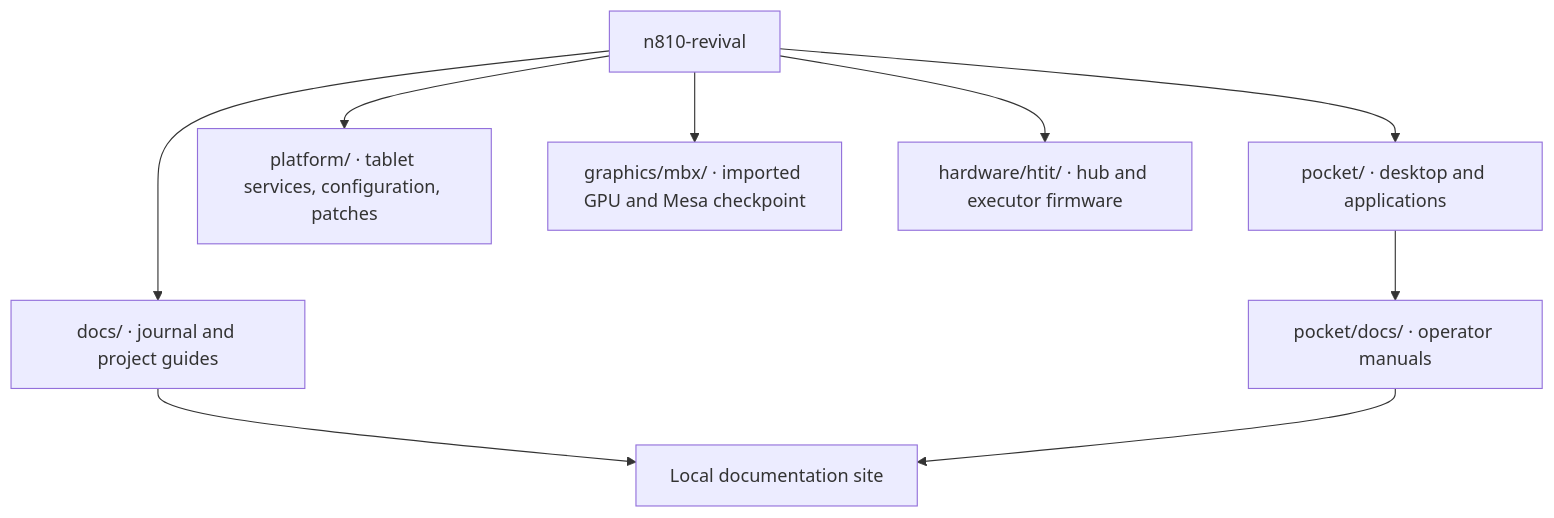
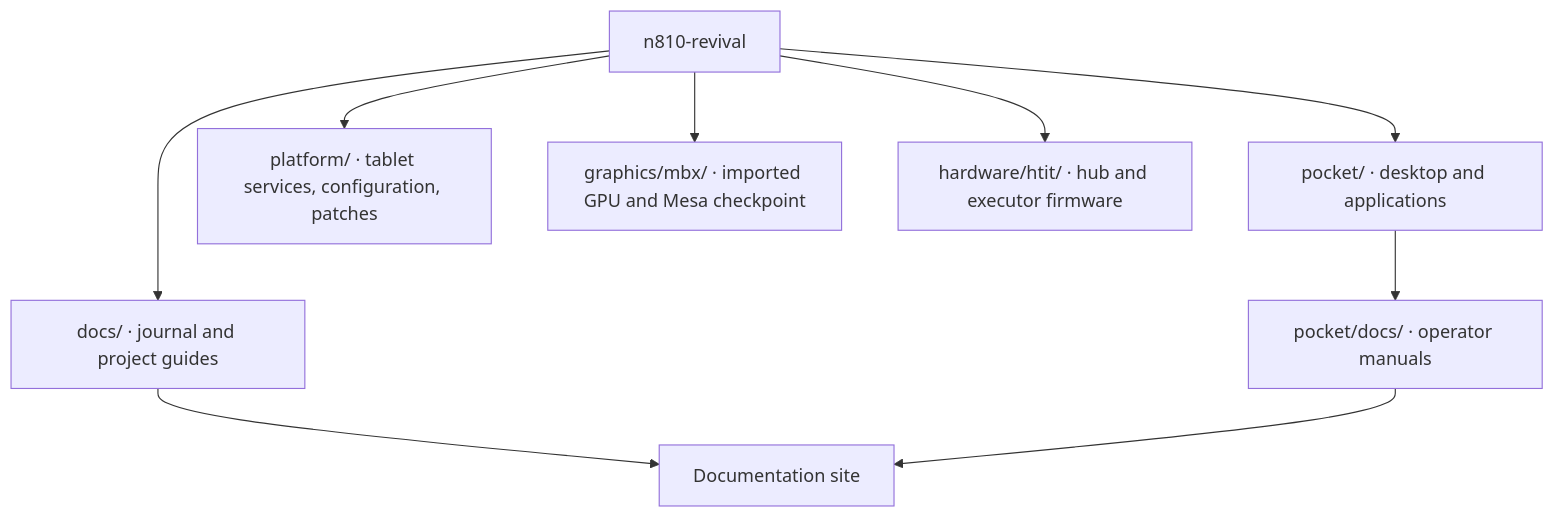
Before and after one commit to gordol/n810-revival: the diagram in docs/source.md, drawn with Mermaid. The commit also changed other lines of this file and 8 other files, not shown here.

````diff
--- a/docs/source.md
+++ b/docs/source.md
@@ -3,11 +3,11 @@
 ```mermaid
 flowchart TB
     repo["n810-revival"] --> pocket["pocket/ · desktop and applications"]
     repo --> platform["platform/ · tablet services, configuration, patches"]
     repo --> graphics["graphics/mbx/ · imported GPU and Mesa checkpoint"]
     repo --> hardware["hardware/htit/ · hub and executor firmware"]
     repo --> docs["docs/ · journal and project guides"]
     pocket --> manuals["pocket/docs/ · operator manuals"]
-    docs --> site["Local documentation site"]
+    docs --> site["Documentation site"]
     manuals --> site
 ```
````
